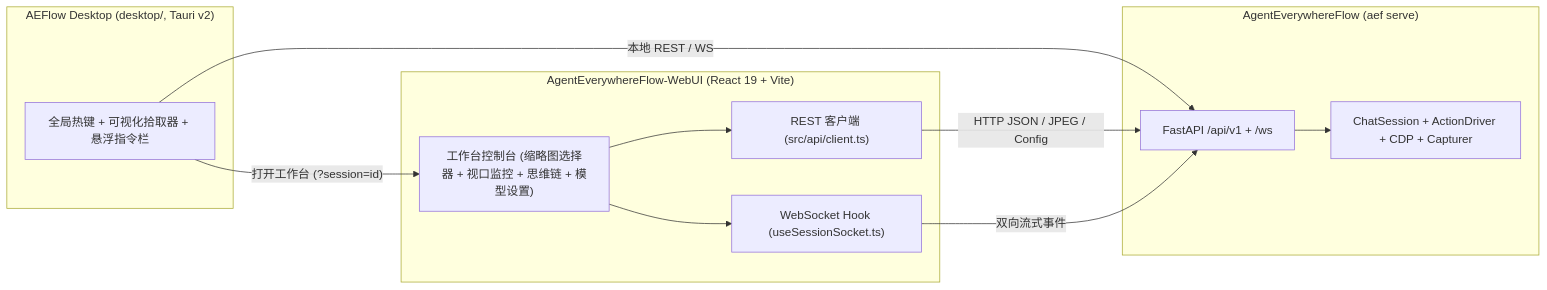
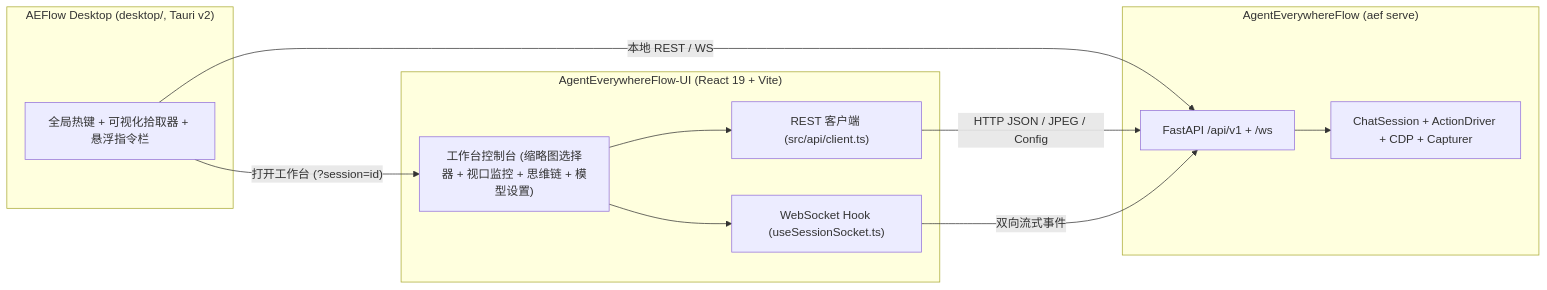
The diagram in README_CN.md (mcocdaa/AgentEverywhereFlow-UI), drawn with Mermaid before and after one commit. The commit also changed other lines of this file and 5 other files, not shown here.

Commit message:
chore(repo): rename project references to AgentEverywhereFlow-UI

````diff
--- a/README_CN.md
+++ b/README_CN.md
@@ -71,24 +77,24 @@
 ```mermaid
 flowchart LR
     subgraph Desktop["AEFlow Desktop (desktop/, Tauri v2)"]
         Launcher["全局热键 + 可视化拾取器 + 悬浮指令栏"]
     end
 
-    subgraph WebUI["AgentEverywhereFlow-WebUI (React 19 + Vite)"]
+    subgraph WebUI["AgentEverywhereFlow-UI (React 19 + Vite)"]
         UI["工作台控制台 (缩略图选择器 + 视口监控 + 思维链 + 模型设置)"]
         REST["REST 客户端 (src/api/client.ts)"]
         WS["WebSocket Hook (useSessionSocket.ts)"]
     end
 
     subgraph Backend["AgentEverywhereFlow (aef serve)"]
         API["FastAPI /api/v1 + /ws"]
         Runtime["ChatSession + ActionDriver + CDP + Capturer"]
     end
 
     Launcher -- "打开工作台 (?session=id)" --> UI
     Launcher -- "本地 REST / WS" --> API
     UI --> REST & WS
     REST -- "HTTP JSON / JPEG / Config" --> API
     WS -- "双向流式事件" --> API
     API --> Runtime
 ```
````
